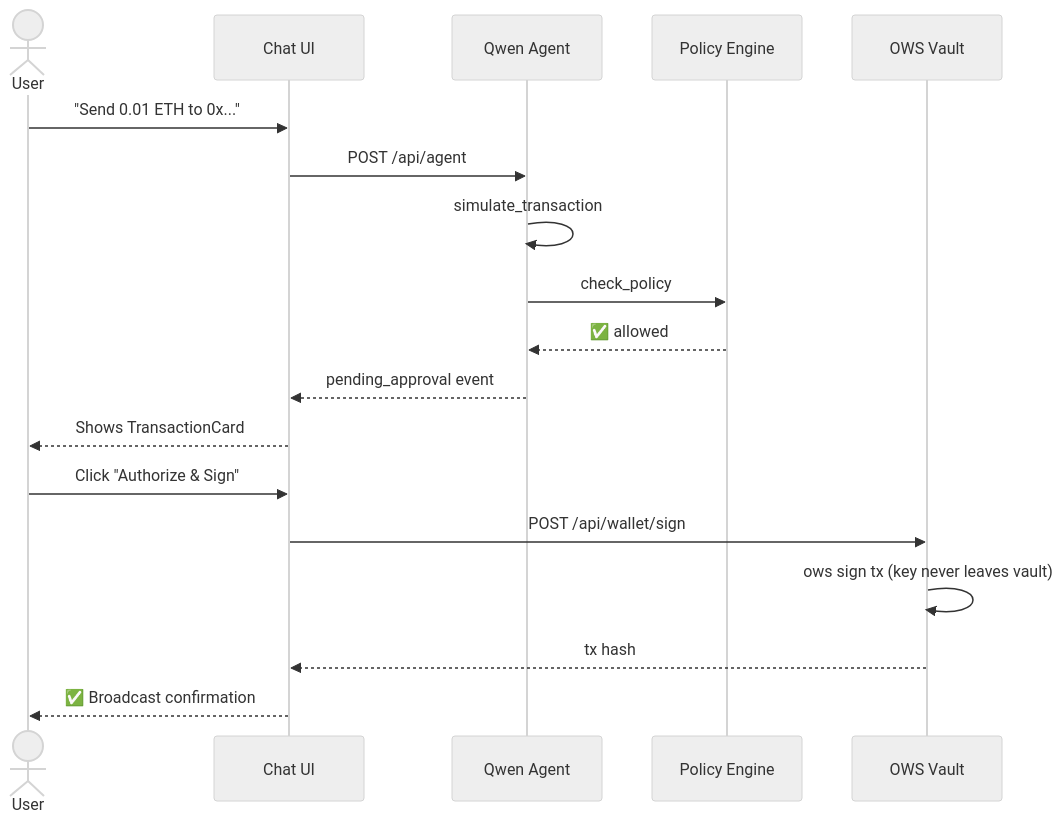
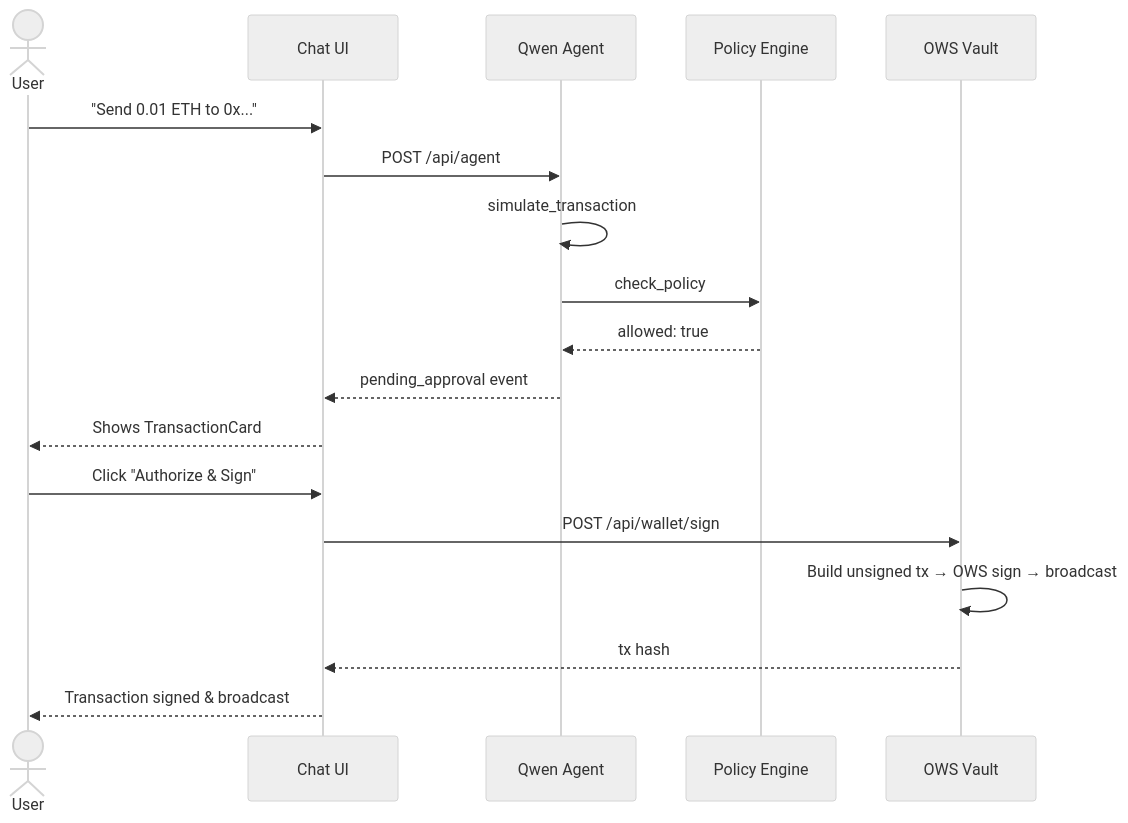
The second of 3 diagrams in README.md (dnebayis/OWSTreasury), drawn with Mermaid (neutral theme) before and after one commit. The commit also changed other lines of this file and 2 other files, not shown here.

````diff
--- a/README.md
+++ b/README.md
@@ -47,21 +47,21 @@
 ```mermaid
 sequenceDiagram
     actor User
     participant Chat as Chat UI
     participant Agent as Qwen Agent
     participant Policy as Policy Engine
     participant OWS as OWS Vault
 
     User->>Chat: "Send 0.01 ETH to 0x..."
     Chat->>Agent: POST /api/agent
     Agent->>Agent: simulate_transaction
     Agent->>Policy: check_policy
-    Policy-->>Agent: ✅ allowed
+    Policy-->>Agent: allowed: true
     Agent-->>Chat: pending_approval event
     Chat-->>User: Shows TransactionCard
     User->>Chat: Click "Authorize & Sign"
     Chat->>OWS: POST /api/wallet/sign
-    OWS->>OWS: ows sign tx (key never leaves vault)
+    OWS->>OWS: Build unsigned tx → OWS sign → broadcast
     OWS-->>Chat: tx hash
-    Chat-->>User: ✅ Broadcast confirmation
+    Chat-->>User: Transaction signed & broadcast
 ```
````
